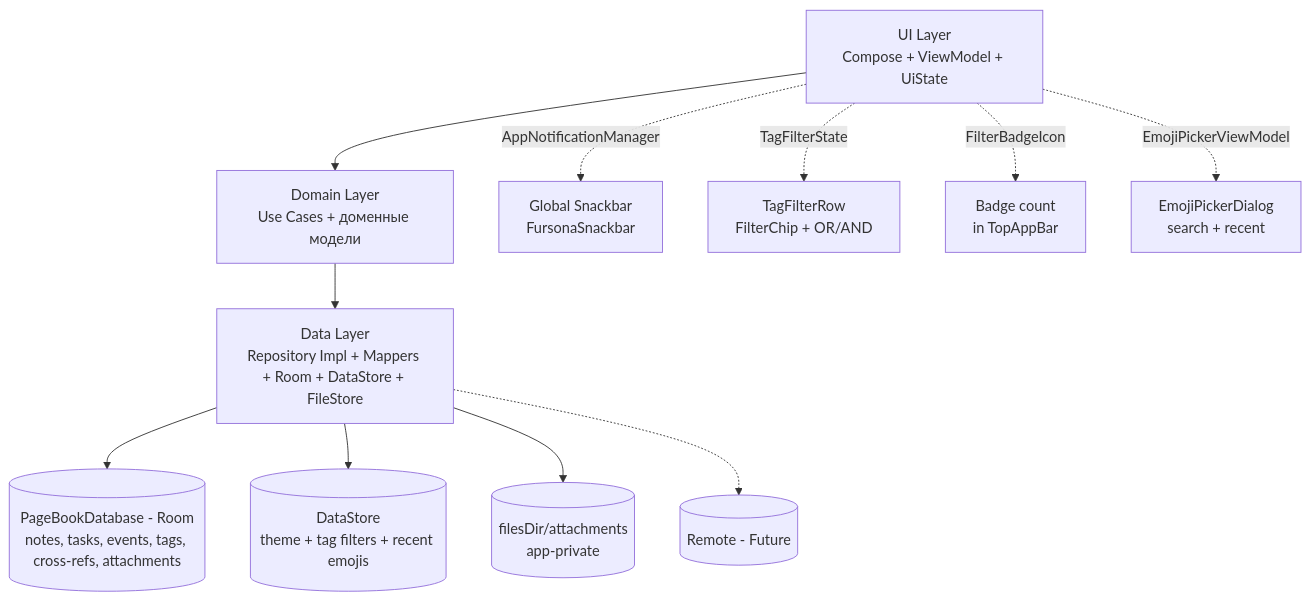
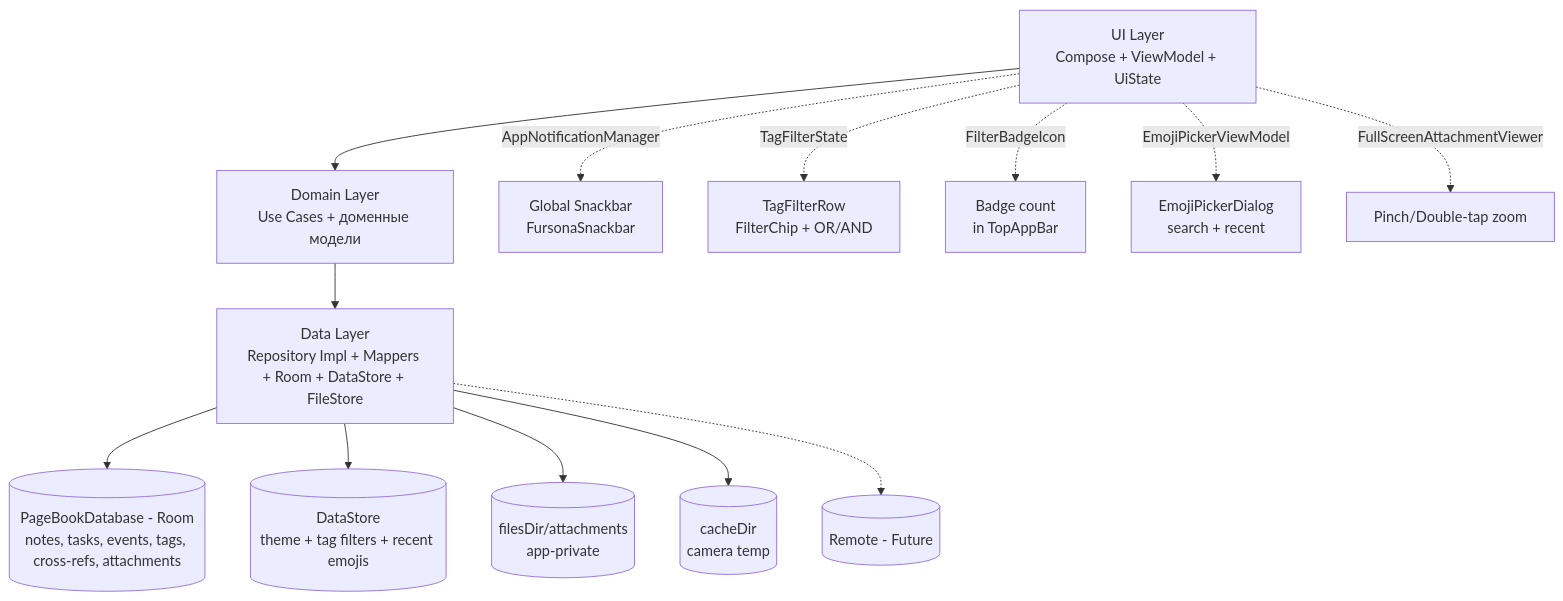
One commit to MaxGog/pagebook-android changed the diagram in README.md. Above: the diagram before and after it, drawn with Mermaid. The commit also changed other lines of this file and 11 other files, not shown here.

````diff
--- a/README.md
+++ b/README.md
@@ -128,14 +131,16 @@
 ```mermaid
 graph TD
    A[UI Layer<br/>Compose + ViewModel + UiState] --> B[Domain Layer<br/>Use Cases + доменные модели]
    B --> C[Data Layer<br/>Repository Impl + Mappers + Room + DataStore + FileStore]
    C --> D[(PageBookDatabase - Room<br/>notes, tasks, events, tags, cross-refs, attachments)]
    C --> F[(DataStore<br/>theme + tag filters + recent emojis)]
    C --> G[(filesDir/attachments<br/>app-private)]
+   C --> G2[(cacheDir<br/>camera temp)]
    
    A -.->|AppNotificationManager| H[Global Snackbar<br/>FursonaSnackbar]
    A -.->|TagFilterState| I[TagFilterRow<br/>FilterChip + OR/AND]
    A -.->|FilterBadgeIcon| J[Badge count<br/>in TopAppBar]
    A -.->|EmojiPickerViewModel| K[EmojiPickerDialog<br/>search + recent]
+   A -.->|FullScreenAttachmentViewer| L[Pinch/Double-tap zoom]
    C -.-> E[(Remote - Future)]
 ```
````
